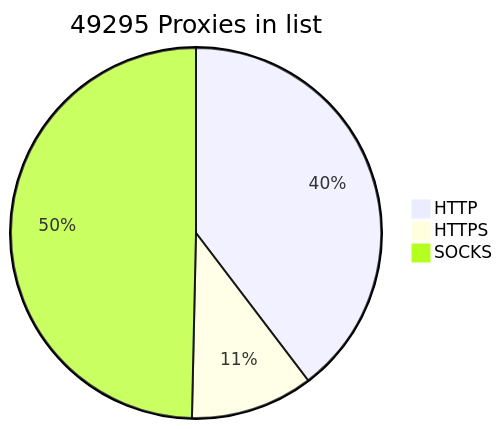
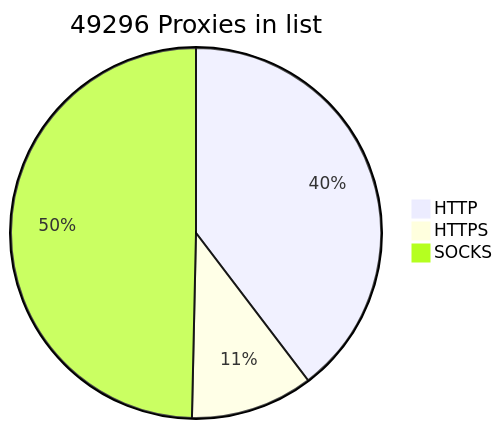
Before and after one commit to BlackSnowDot/proxylist-update-every-minute: the diagram in README.md, drawn with Mermaid.

````diff
--- a/README.md
+++ b/README.md
@@ -2,6 +2,6 @@
 ```mermaid
-pie title 49295 Proxies in list
+pie title 49296 Proxies in list
     "HTTP" : 21601
     "HTTPS": 5830
-    "SOCKS" : 27049
+    "SOCKS" : 27050
 ```
````
